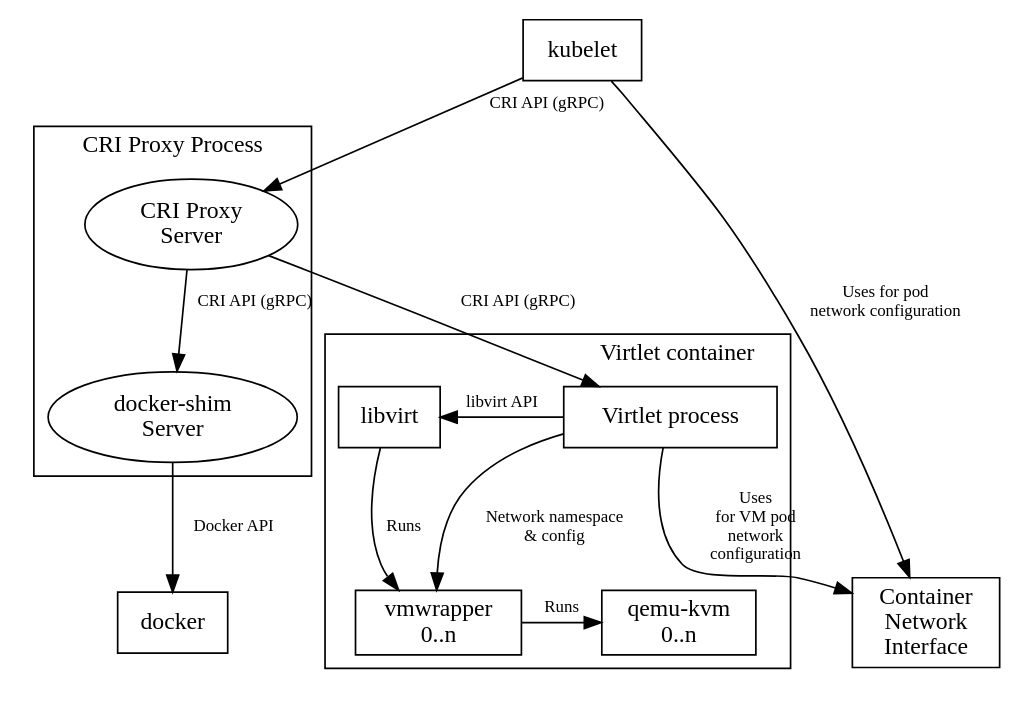
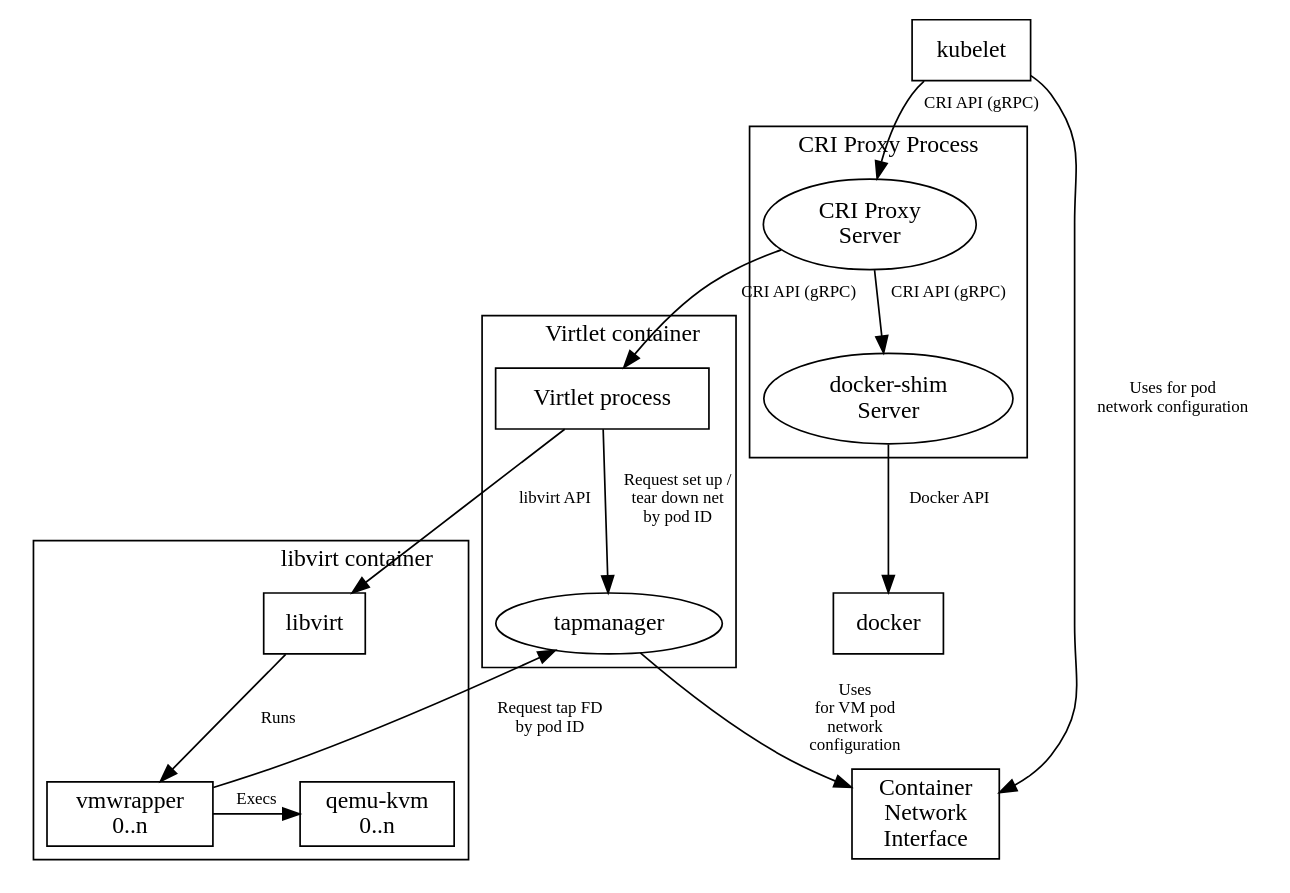
Before and after one commit to Mirantis/virtlet: the diagram in docs/virtlet.dot, drawn with Graphviz. The commit also changed 3 other files, not shown here.

```diff
--- a/docs/virtlet.dot
+++ b/docs/virtlet.dot
@@ -1,36 +1,40 @@
 digraph criproxy {
         compound=true;
         edge [fontsize=10];
         ranksep=0.0001;
 
         subgraph cluster_0 {
                 color=black;
                 label="CRI Proxy Process";
                 criproxy [label="CRI Proxy\nServer"];
                 docker_shim [label="docker-shim\nServer"];
                 criproxy -> docker_shim [label=" CRI API (gRPC)  "];
         }
         cni [shape=rectangle, label="Container\nNetwork\nInterface"];
         subgraph cluster_1 {
                 label="Virtlet container";
                 labeljust="r";
                 virtlet [label=" Virtlet process",shape=rectangle];
+                virtlet -> tapmanager [label="Request set up /\n tear down net\nby pod ID"];
+        }
+        subgraph cluster_2 {
+                label="libvirt container";
+                labeljust="r";
                 libvirt [shape=rectangle];
                 vmwrapper [shape=rectangle, label="vmwrapper\n0..n"];
                 qemu_kvm [shape=rectangle, label="qemu-kvm\n0..n"];
-                virtlet -> libvirt [label=" libvirt API"];
-                virtlet -> vmwrapper [label="Network namespace\n & config"];
                 libvirt -> vmwrapper [label="Runs"];
-                vmwrapper -> qemu_kvm [label=" Runs", shape=rectangle];
-                {rank=same virtlet libvirt}
+                vmwrapper -> qemu_kvm [label=" Execs", shape=rectangle];
+                vmwrapper -> tapmanager [label="Request tap FD\nby pod ID"];
+                virtlet -> libvirt [label="libvirt API"];
                 {rank=same vmwrapper qemu_kvm}
         }
         kubelet [shape=rectangle];
         docker [shape=rectangle];
-        virtlet -> cni [label=" Uses                             \nfor VM pod                             \nnetwork                             \n configuration                             "];
+        tapmanager -> cni [label=" Uses                             \nfor VM pod                             \nnetwork                             \n configuration                             "];
         kubelet -> cni [label=" Uses for pod\n network configuration"];
         kubelet -> criproxy [label=" CRI API (gRPC)"];
         criproxy -> virtlet [label="     CRI API (gRPC)"];
         docker_shim -> docker [label="   Docker API"];
         //docker -> vmwrapper [label=" Manages", lhead=cluster_1];
 }
```
